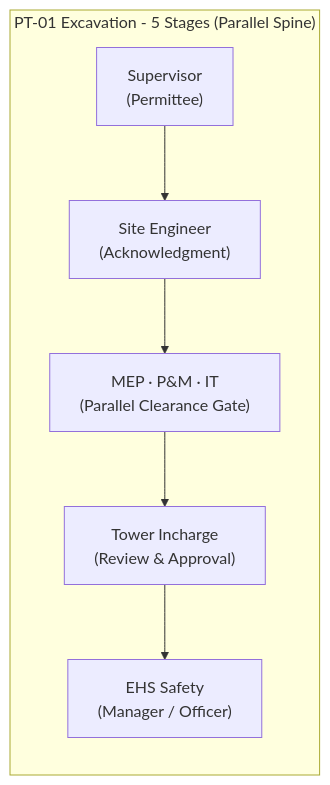
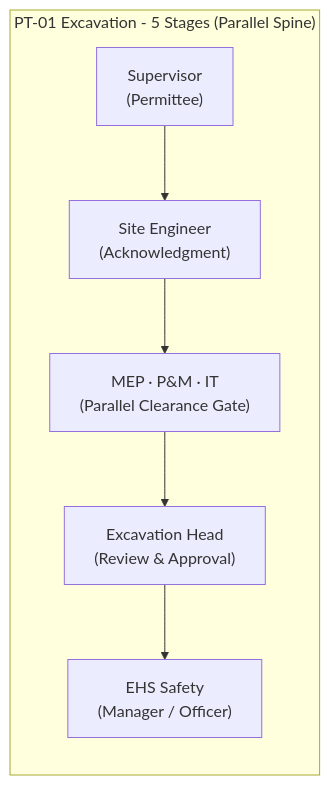
The fourth of 25 diagrams in README.md (AuroGroupAutomationBot/ARPL-EHS-Demo), drawn with Mermaid before and after one commit. The commit also changed other lines of this file, not shown here.

````diff
--- a/README.md
+++ b/README.md
@@ -301,9 +307,9 @@
 ```mermaid
 graph LR
     subgraph "PT-01 Excavation - 5 Stages (Parallel Spine)"
         E1["Supervisor<br/>(Permittee)"] --> E2["Site Engineer<br/>(Acknowledgment)"]
         E2 --> E3["MEP · P&M · IT<br/>(Parallel Clearance Gate)"]
-        E3 --> E4["Tower Incharge<br/>(Review & Approval)"]
+        E3 --> E4["Excavation Head<br/>(Review & Approval)"]
         E4 --> E5["EHS Safety<br/>(Manager / Officer)"]
     end
 ```
````
